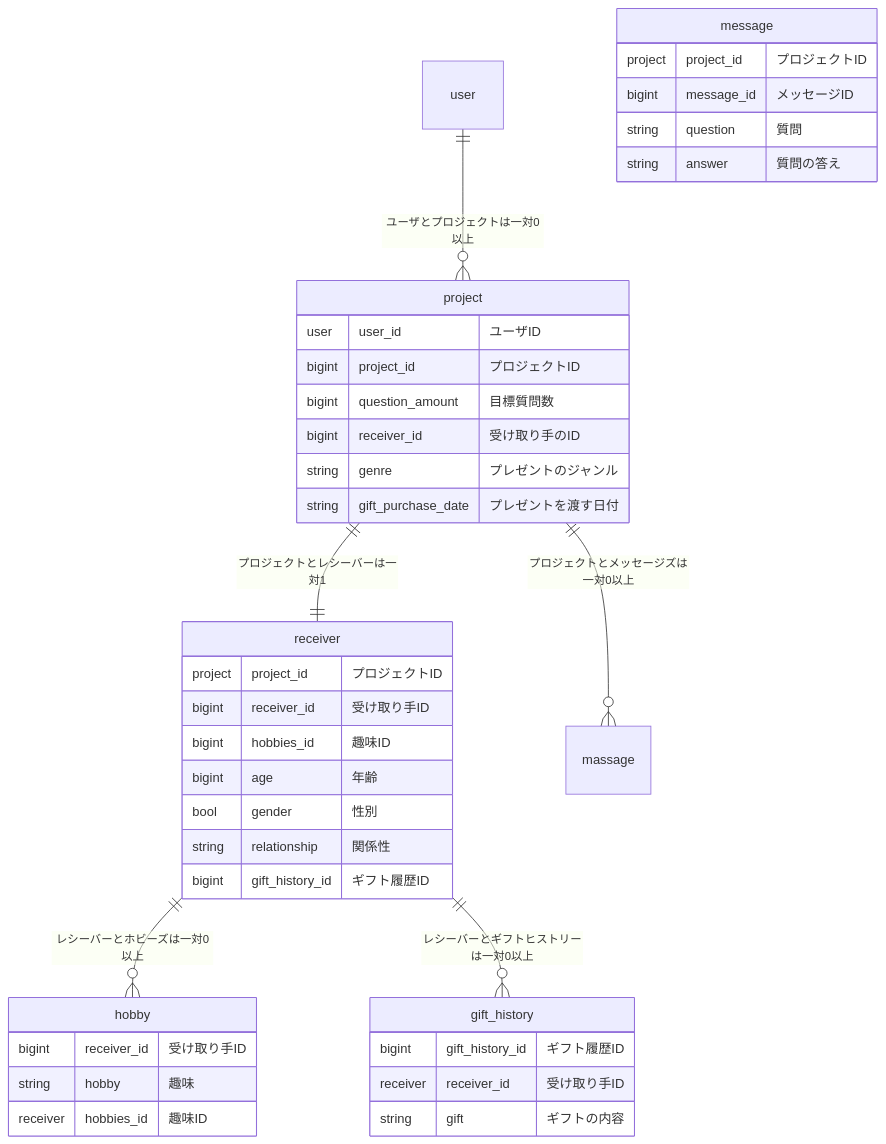
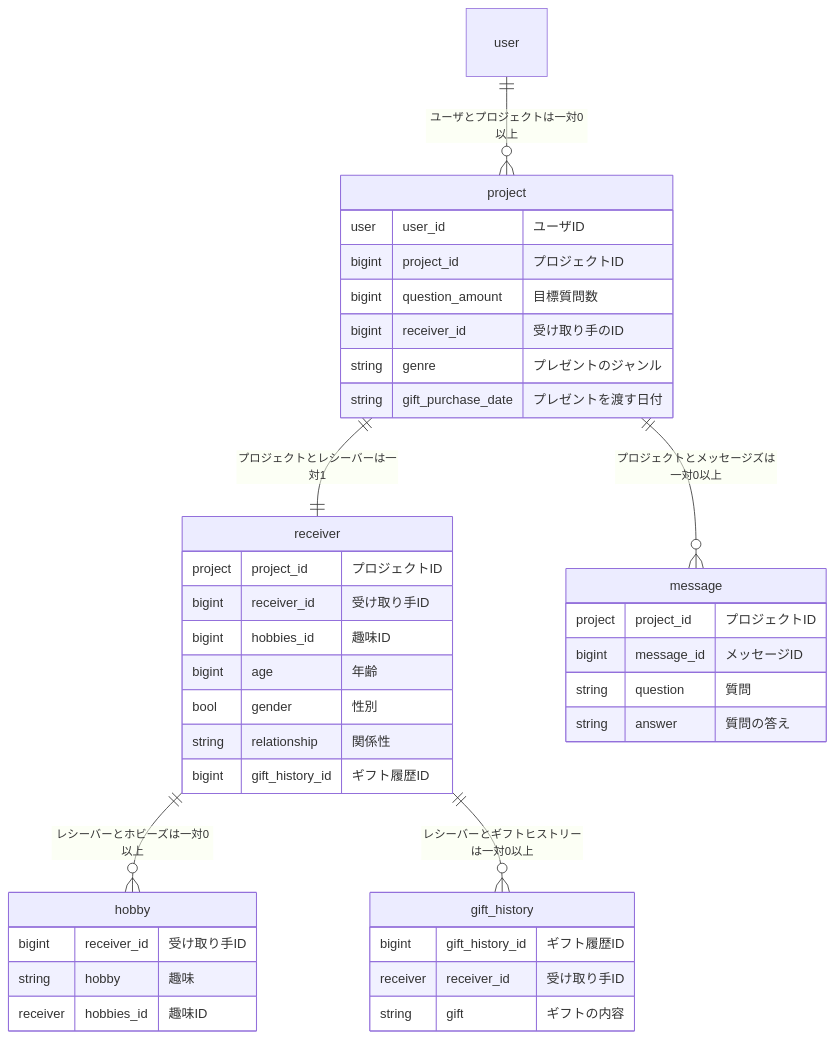
Before and after one commit to team-upliftu/UpliftU: the diagram in README.md, drawn with Mermaid.

````diff
--- a/README.md
+++ b/README.md
@@ -18,49 +18,49 @@
 ```mermaid
 erDiagram
   user ||--o{ project : "ユーザとプロジェクトは一対0以上"
   project ||--|| receiver : "プロジェクトとレシーバーは一対1"
-  project ||--o{ massage : "プロジェクトとメッセージズは一対0以上"
+  project ||--o{ message : "プロジェクトとメッセージズは一対0以上"
   receiver ||--o{ hobby : "レシーバーとホビーズは一対0以上"
   receiver ||--o{ gift_history : "レシーバーとギフトヒストリーは一対0以上"
 
   user {
   }
 
   hobby {
     bigint receiver_id "受け取り手ID"
     string hobby "趣味"
     receiver hobbies_id "趣味ID"
   }
 
   receiver {
     project project_id "プロジェクトID"
     bigint receiver_id "受け取り手ID"
     bigint hobbies_id "趣味ID"
     bigint age "年齢"
     bool gender "性別"
     string relationship "関係性"
     bigint gift_history_id "ギフト履歴ID"
   }
 
   project {
     user user_id "ユーザID"
     bigint project_id "プロジェクトID"
     bigint question_amount "目標質問数"
     bigint receiver_id "受け取り手のID"
     string genre "プレゼントのジャンル"
     string gift_purchase_date "プレゼントを渡す日付"
   }
 
   message {
     project project_id "プロジェクトID"
     bigint message_id "メッセージID"
     string question "質問"
     string answer "質問の答え"
   }
 
   gift_history {
      bigint gift_history_id "ギフト履歴ID"
      receiver receiver_id "受け取り手ID"
      string gift "ギフトの内容"
   }
 ```
````
